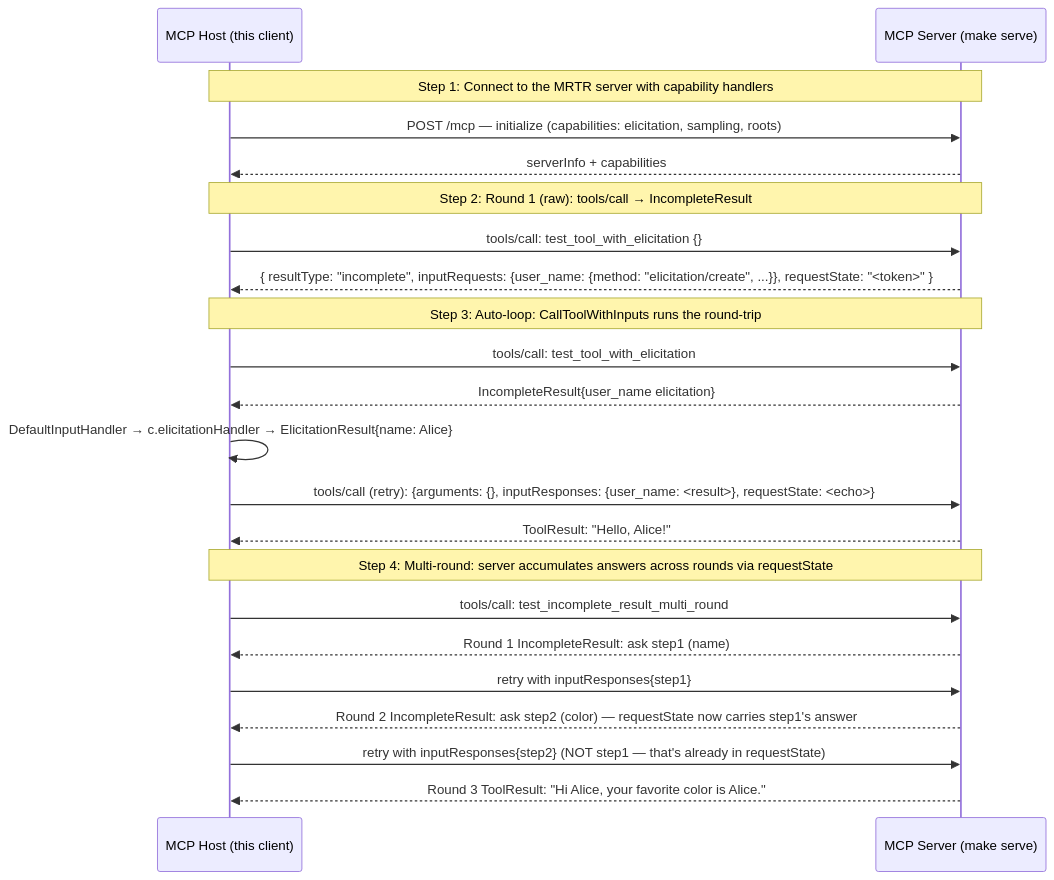
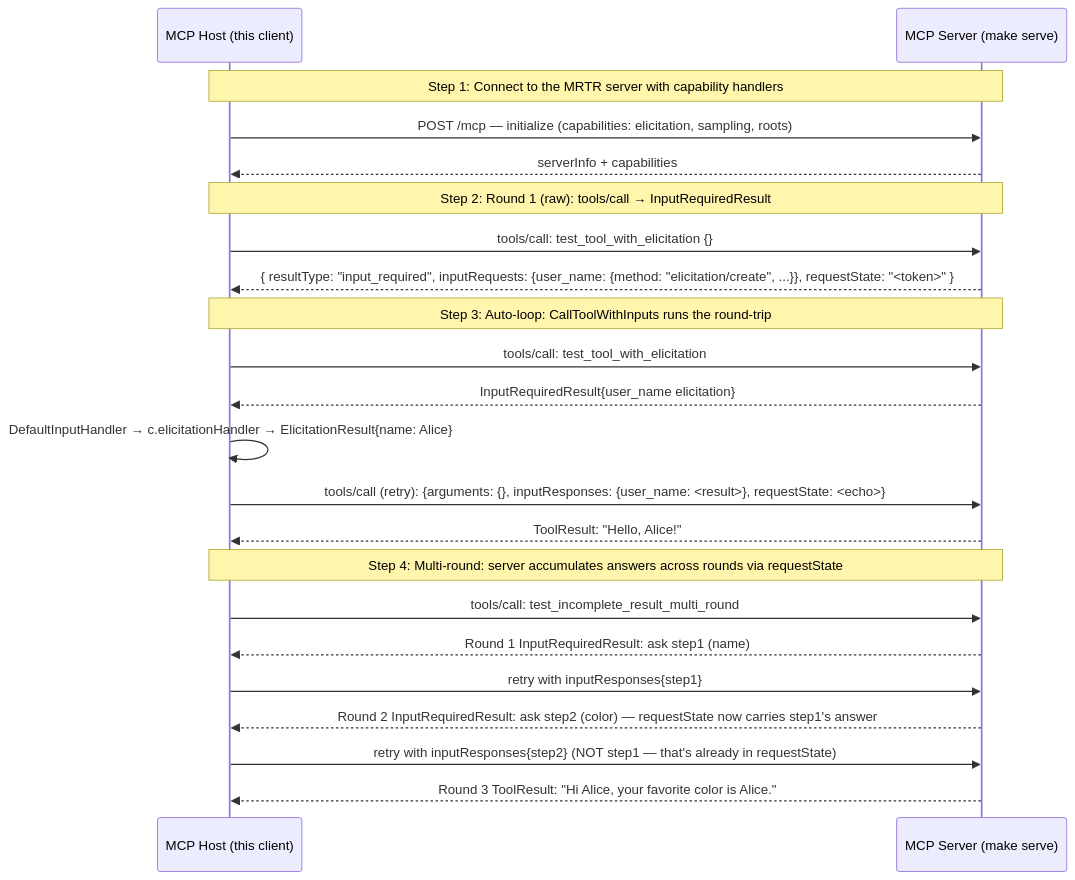
The diagram in examples/mrtr/WALKTHROUGH.md (panyam/mcpkit), drawn with Mermaid before and after one commit. The commit also changed other lines of this file and 19 other files, not shown here.

````diff
--- a/examples/mrtr/WALKTHROUGH.md
+++ b/examples/mrtr/WALKTHROUGH.md
@@ -14,28 +14,28 @@
 ```mermaid
 sequenceDiagram
     participant Host as MCP Host (this client)
     participant Server as MCP Server (make serve)
 
     Note over Host,Server: Step 1: Connect to the MRTR server with capability handlers
     Host->>Server: POST /mcp — initialize (capabilities: elicitation, sampling, roots)
     Server-->>Host: serverInfo + capabilities
 
-    Note over Host,Server: Step 2: Round 1 (raw): tools/call → IncompleteResult
+    Note over Host,Server: Step 2: Round 1 (raw): tools/call → InputRequiredResult
     Host->>Server: tools/call: test_tool_with_elicitation {}
-    Server-->>Host: { resultType: "incomplete", inputRequests: {user_name: {method: "elicitation/create", ...}}, requestState: "<token>" }
+    Server-->>Host: { resultType: "input_required", inputRequests: {user_name: {method: "elicitation/create", ...}}, requestState: "<token>" }
 
     Note over Host,Server: Step 3: Auto-loop: CallToolWithInputs runs the round-trip
     Host->>Server: tools/call: test_tool_with_elicitation
-    Server-->>Host: IncompleteResult{user_name elicitation}
+    Server-->>Host: InputRequiredResult{user_name elicitation}
     Host->>Host: DefaultInputHandler → c.elicitationHandler → ElicitationResult{name: Alice}
     Host->>Server: tools/call (retry): {arguments: {}, inputResponses: {user_name: <result>}, requestState: <echo>}
     Server-->>Host: ToolResult: "Hello, Alice!"
 
     Note over Host,Server: Step 4: Multi-round: server accumulates answers across rounds via requestState
     Host->>Server: tools/call: test_incomplete_result_multi_round
-    Server-->>Host: Round 1 IncompleteResult: ask step1 (name)
+    Server-->>Host: Round 1 InputRequiredResult: ask step1 (name)
     Host->>Server: retry with inputResponses{step1}
-    Server-->>Host: Round 2 IncompleteResult: ask step2 (color) — requestState now carries step1's answer
+    Server-->>Host: Round 2 InputRequiredResult: ask step2 (color) — requestState now carries step1's answer
     Host->>Server: retry with inputResponses{step2} (NOT step1 — that's already in requestState)
     Server-->>Host: Round 3 ToolResult: "Hi Alice, your favorite color is Alice."
 ```
````
